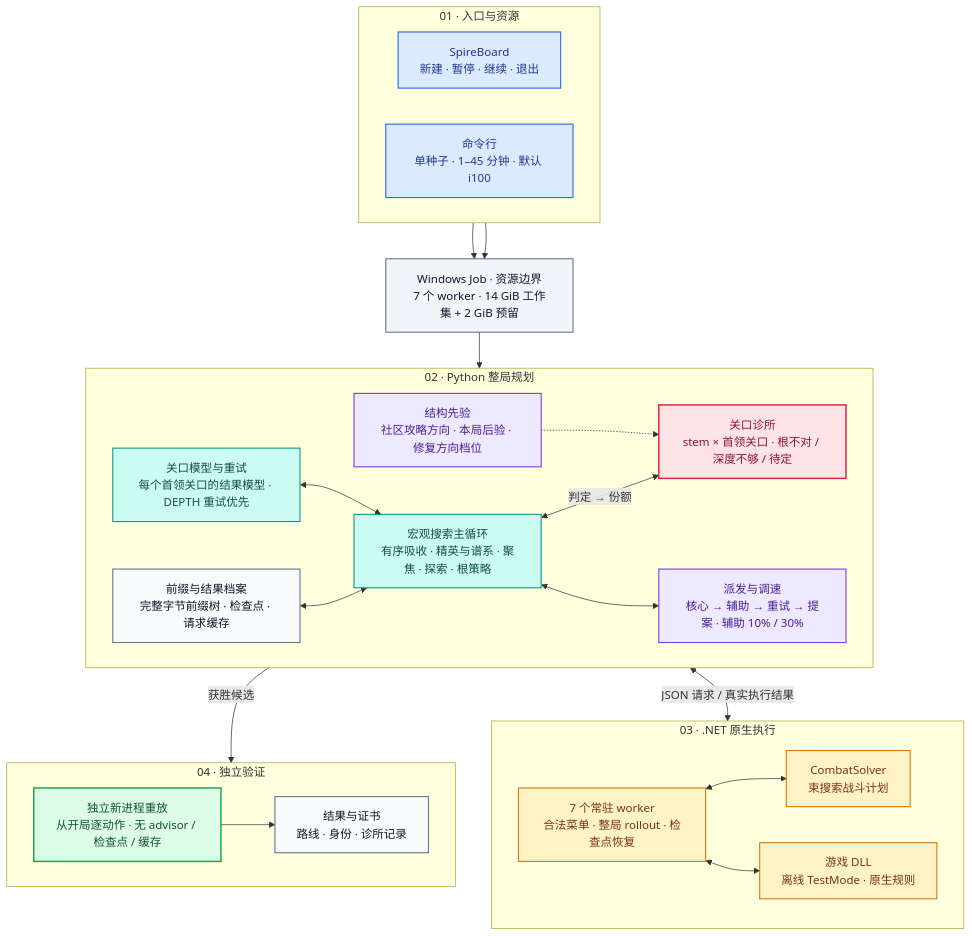
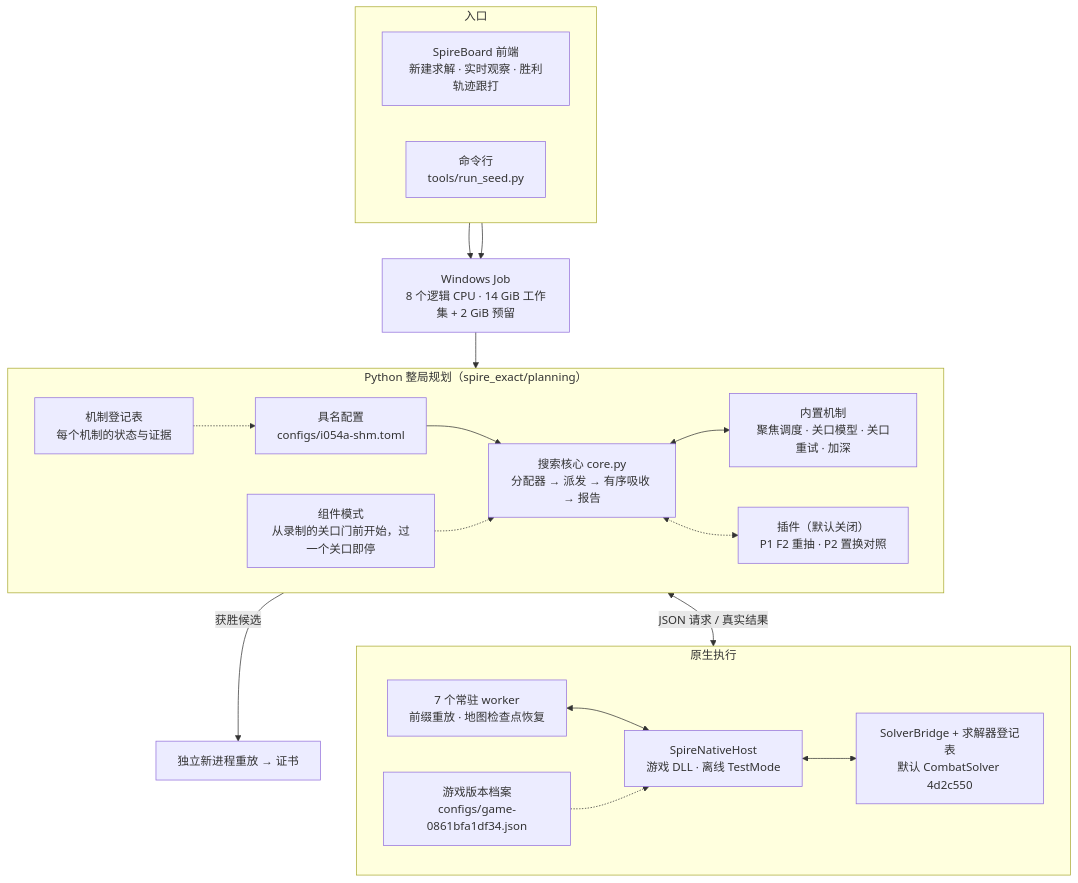
Before and after one commit to Luminesce4you/SpireExact: the diagram in README.md, drawn with Mermaid. The commit also changed other lines of this file and 388 other files, not shown here.

````diff
--- a/README.md
+++ b/README.md
@@ -18,50 +36,39 @@
 ```mermaid
 flowchart TB
-  subgraph ENTRY["01 · 入口与资源"]
+  subgraph ENTRY["入口"]
     direction LR
-    UI["SpireBoard<br/>新建 · 暂停 · 继续 · 退出"]:::entry
-    CLI["命令行<br/>单种子 · 1–45 分钟 · 默认 i100"]:::entry
+    UI["SpireBoard 前端<br/>新建求解 · 实时观察 · 胜利轨迹跟打"]
+    CLI["命令行<br/>tools/run_seed.py"]
   end
-  JOB["Windows Job · 资源边界<br/>7 个 worker · 14 GiB 工作集 + 2 GiB 预留"]:::boundary
-  subgraph PLAN["02 · Python 整局规划"]
+  JOB["Windows Job<br/>8 个逻辑 CPU · 14 GiB 工作集 + 2 GiB 预留"]
+  subgraph PLAN["Python 整局规划（spire_exact/planning）"]
     direction LR
-    ARCH["前缀与结果档案<br/>完整字节前缀树 · 检查点 · 请求缓存"]:::store
-    LOOP["宏观搜索主循环<br/>有序吸收 · 精英与谱系 · 聚焦 · 探索 · 根策略"]:::planner
-    CLINIC["关口诊所<br/>stem × 首领关口 · 根不对 / 深度不够 / 待定"]:::clinic
-    GATE["关口模型与重试<br/>每个首领关口的结果模型 · DEPTH 重试优先"]:::planner
-    DISPATCH["派发与调速<br/>核心 → 辅助 → 重试 → 提案 · 辅助 10% / 30%"]:::signal
-    PRIOR["结构先验<br/>社区攻略方向 · 本局后验 · 修复方向档位"]:::signal
+    CFG["具名配置<br/>configs/i054a-shm.toml"]
+    CORE["搜索核心 core.py<br/>分配器 → 派发 → 有序吸收 → 报告"]
+    MECH["内置机制<br/>聚焦调度 · 关口模型 · 关口重试 · 加深"]
+    PLUG["插件（默认关闭）<br/>P1 F2 重抽 · P2 置换对照"]
+    REG["机制登记表<br/>每个机制的状态与证据"]
+    COMP["组件模式<br/>从录制的关口门前开始，过一个关口即停"]
   end
-  subgraph EXEC["03 · .NET 原生执行"]
+  subgraph NATIVE["原生执行"]
     direction LR
-    SOLVER["CombatSolver<br/>束搜索战斗计划"]:::runtime
-    WORKER["7 个常驻 worker<br/>合法菜单 · 整局 rollout · 检查点恢复"]:::runtime
-    GAME["游戏 DLL<br/>离线 TestMode · 原生规则"]:::runtime
+    POOL["7 个常驻 worker<br/>前缀重放 · 地图检查点恢复"]
+    HOST["SpireNativeHost<br/>游戏 DLL · 离线 TestMode"]
+    BRIDGE["SolverBridge + 求解器登记表<br/>默认 CombatSolver 4d2c550"]
+    PROFILE["游戏版本档案<br/>configs/game-0861bfa1df34.json"]
   end
-  subgraph PROOF["04 · 独立验证"]
-    direction LR
-    REPLAY["独立新进程重放<br/>从开局逐动作 · 无 advisor / 检查点 / 缓存"]:::proof
-    CERT["结果与证书<br/>路线 · 身份 · 诊所记录"]:::store
-  end
+  VERIFY["独立新进程重放 → 证书"]
   UI --> JOB
   CLI --> JOB
-  JOB --> LOOP
-  ARCH <--> LOOP
-  LOOP <-->|判定 → 份额| CLINIC
-  PRIOR -.-> CLINIC
-  GATE <--> LOOP
-  LOOP <--> DISPATCH
-  DISPATCH <-->|JSON 请求 / 真实执行结果| WORKER
-  WORKER <--> SOLVER
-  WORKER <--> GAME
-  LOOP -->|获胜候选| REPLAY
-  REPLAY --> CERT
-  classDef entry fill:#DBEAFE,stroke:#2563EB,color:#1E3A8A,stroke-width:1.5px
-  classDef boundary fill:#F1F5F9,stroke:#64748B,color:#0F172A,stroke-width:1.5px
-  classDef store fill:#F8FAFC,stroke:#64748B,color:#0F172A,stroke-width:1.5px
-  classDef planner fill:#CCFBF1,stroke:#0D9488,color:#134E4A,stroke-width:1.5px
-  classDef clinic fill:#FFE4E6,stroke:#E11D48,color:#881337,stroke-width:2px
-  classDef signal fill:#EDE9FE,stroke:#7C3AED,color:#4C1D95,stroke-width:1.5px
-  classDef runtime fill:#FEF3C7,stroke:#D97706,color:#78350F,stroke-width:1.5px
-  classDef proof fill:#DCFCE7,stroke:#16A34A,color:#14532D,stroke-width:2px
+  JOB --> CORE
+  CFG --> CORE
+  REG -.-> CFG
+  CORE <--> MECH
+  CORE <-.-> PLUG
+  COMP -.-> CORE
+  CORE <-->|JSON 请求 / 真实结果| POOL
+  POOL <--> HOST
+  HOST <--> BRIDGE
+  PROFILE -.-> HOST
+  CORE -->|获胜候选| VERIFY
 ```
````
